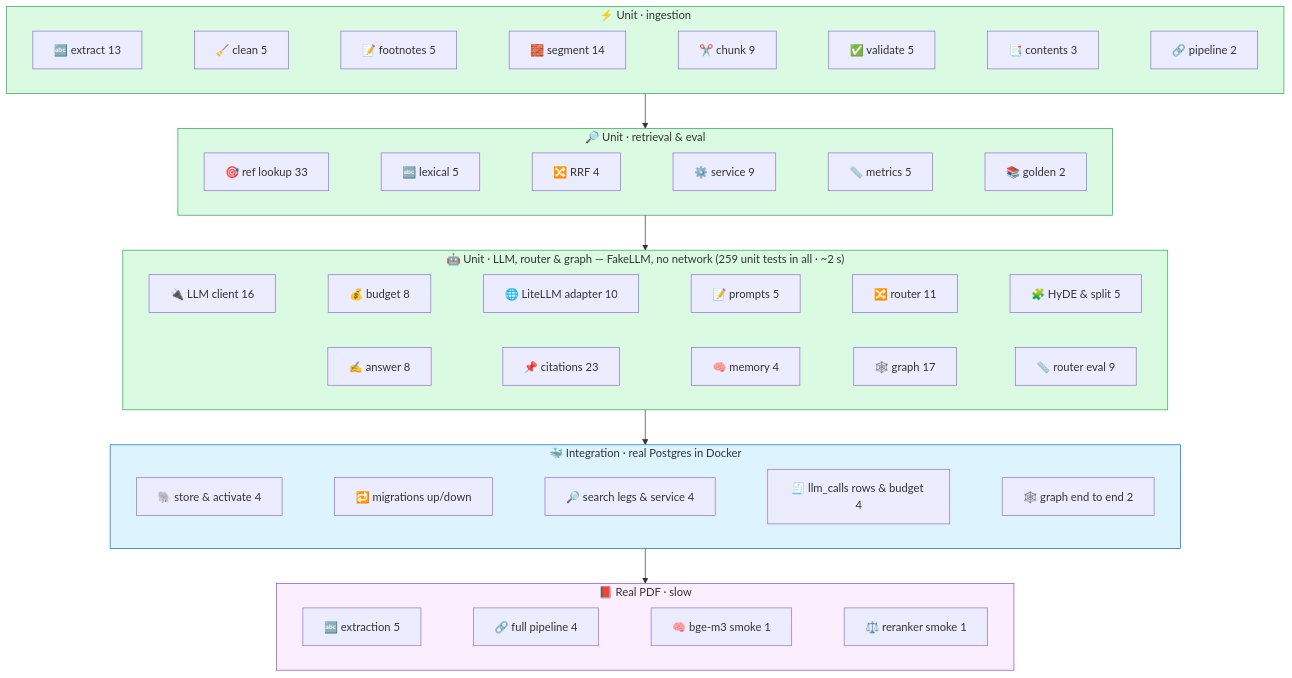
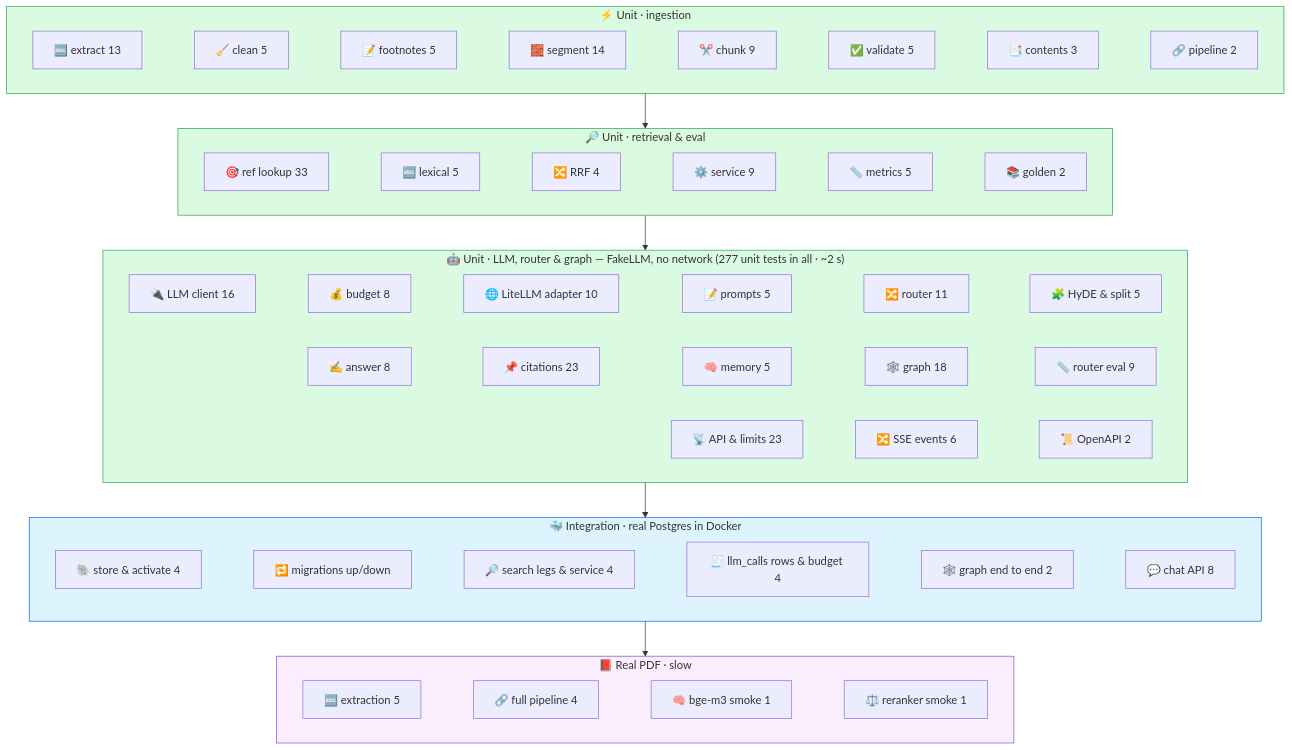
Before and after one commit to sshubham07/anuchhed-ai: the diagram in docs/diagrams/tests.mmd, drawn with Mermaid. The commit also changed 50 other files, not shown here.

```diff
--- a/docs/diagrams/tests.mmd
+++ b/docs/diagrams/tests.mmd
@@ -1,28 +1,29 @@
 flowchart TB
     subgraph U ["⚡ Unit · ingestion"]
         direction LR
         u1["🔤 extract 13"] ~~~ u2["🧹 clean 5"] ~~~ u3["📝 footnotes 5"] ~~~ u4["🧱 segment 14"] ~~~ u5["✂️ chunk 9"] ~~~ u6["✅ validate 5"] ~~~ u7["📑 contents 3"] ~~~ u8["🔗 pipeline 2"]
     end
     subgraph UR ["🔎 Unit · retrieval & eval"]
         direction LR
         v1["🎯 ref lookup 33"] ~~~ v2["🔤 lexical 5"] ~~~ v3["🔀 RRF 4"] ~~~ v4["⚙️ service 9"] ~~~ v5["📏 metrics 5"] ~~~ v6["📚 golden 2"]
     end
-    subgraph UL ["🤖 Unit · LLM, router & graph — FakeLLM, no network  (259 unit tests in all · ~2 s)"]
+    subgraph UL ["🤖 Unit · LLM, router & graph — FakeLLM, no network  (277 unit tests in all · ~2 s)"]
         direction LR
         l1["🔌 LLM client 16"] ~~~ l2["💰 budget 8"] ~~~ l3["🌐 LiteLLM adapter 10"] ~~~ l4["📝 prompts 5"] ~~~ l5["🔀 router 11"] ~~~ l6["🧩 HyDE & split 5"]
-        l7["✍️ answer 8"] ~~~ l8["📌 citations 23"] ~~~ l9["🧠 memory 4"] ~~~ l10["🕸️ graph 17"] ~~~ l11["📏 router eval 9"]
+        l7["✍️ answer 8"] ~~~ l8["📌 citations 23"] ~~~ l9["🧠 memory 5"] ~~~ l10["🕸️ graph 18"] ~~~ l11["📏 router eval 9"]
+        l12["📡 API & limits 23"] ~~~ l13["🔀 SSE events 6"] ~~~ l14["📜 OpenAPI 2"]
     end
     subgraph I ["🐳 Integration · real Postgres in Docker"]
         direction LR
-        i1["🐘 store & activate 4"] ~~~ i2["🔁 migrations up/down"] ~~~ i3["🔎 search legs & service 4"] ~~~ i4["🧾 llm_calls rows & budget 4"] ~~~ i5["🕸️ graph end to end 2"]
+        i1["🐘 store & activate 4"] ~~~ i2["🔁 migrations up/down"] ~~~ i3["🔎 search legs & service 4"] ~~~ i4["🧾 llm_calls rows & budget 4"] ~~~ i5["🕸️ graph end to end 2"] ~~~ i6["💬 chat API 8"]
     end
     subgraph R ["📕 Real PDF · slow"]
         direction LR
         r1["🔤 extraction 5"] ~~~ r2["🔗 full pipeline 4"] ~~~ r3["🧠 bge-m3 smoke 1"] ~~~ r4["⚖️ reranker smoke 1"]
     end
     U --> UR --> UL --> I --> R
     style U fill:#dafbe1,stroke:#2ea44f
     style UR fill:#dafbe1,stroke:#2ea44f
     style UL fill:#dafbe1,stroke:#2ea44f
     style I fill:#ddf4ff,stroke:#0969da
     style R fill:#fbefff,stroke:#8250df
```
